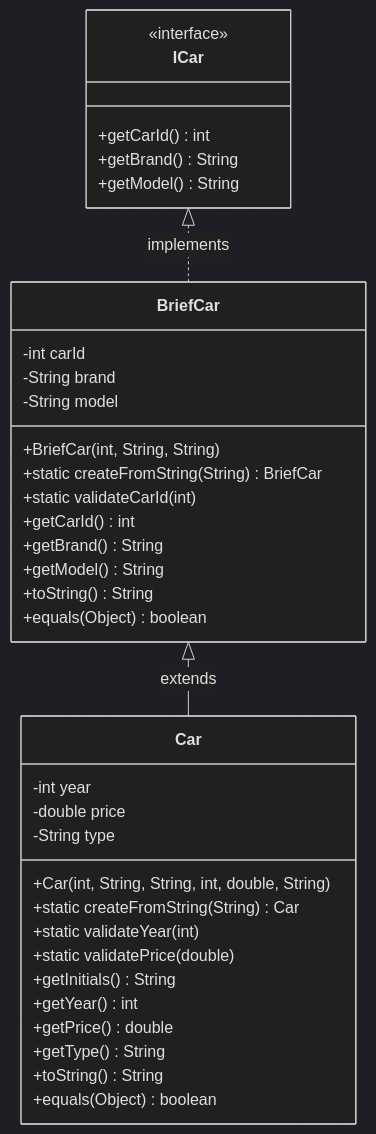
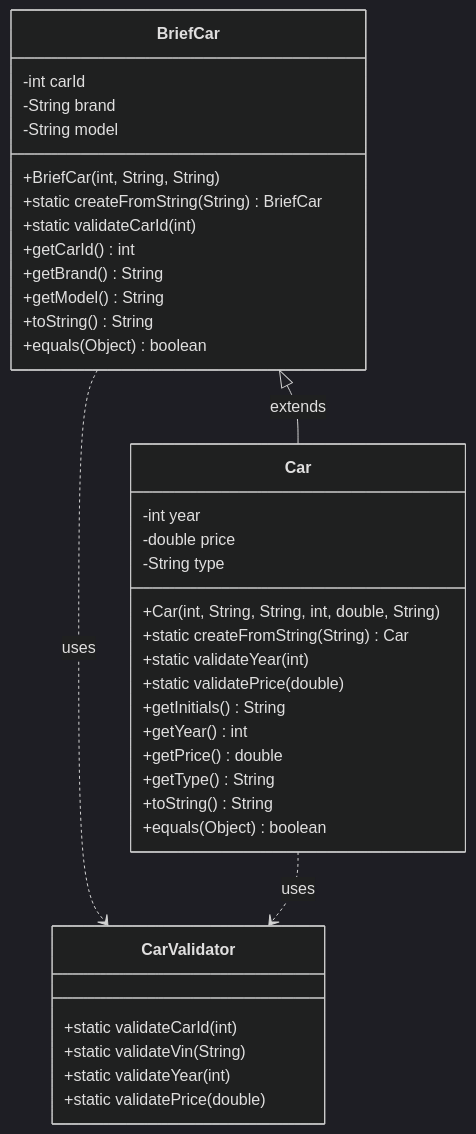
Before and after one commit to VoGPro/OOP: the second of 2 diagrams in README.md, drawn with Mermaid (dark theme). The commit also changed other lines of this file, not shown here.

Commit message:
Added vin and CarValidator

````diff
--- a/README.md
+++ b/README.md
@@ -64,42 +66,44 @@
 ```mermaid
 classDiagram
-    class ICar {
-        <<interface>>
-        +getCarId() int
-        +getBrand() String
-        +getModel() String
-    }
 
     class BriefCar {
         -int carId
         -String brand
         -String model
         +BriefCar(int, String, String)
         +static createFromString(String) BriefCar
         +static validateCarId(int)
         +getCarId() int
         +getBrand() String
         +getModel() String
         +toString() String
         +equals(Object) boolean
     }
 
     class Car {
         -int year
         -double price
         -String type
         +Car(int, String, String, int, double, String)
         +static createFromString(String) Car
         +static validateYear(int)
         +static validatePrice(double)
         +getInitials() String
         +getYear() int
         +getPrice() double
         +getType() String
         +toString() String
         +equals(Object) boolean
 }
 
-    ICar <|.. BriefCar : implements
+    class CarValidator {
+        +static validateCarId(int)
+        +static validateVin(String)
+        +static validateYear(int)
+        +static validatePrice(double)
+    }
+
     BriefCar <|-- Car : extends
+    BriefCar ..> CarValidator : uses
+    Car ..> CarValidator : uses
 ```
````
